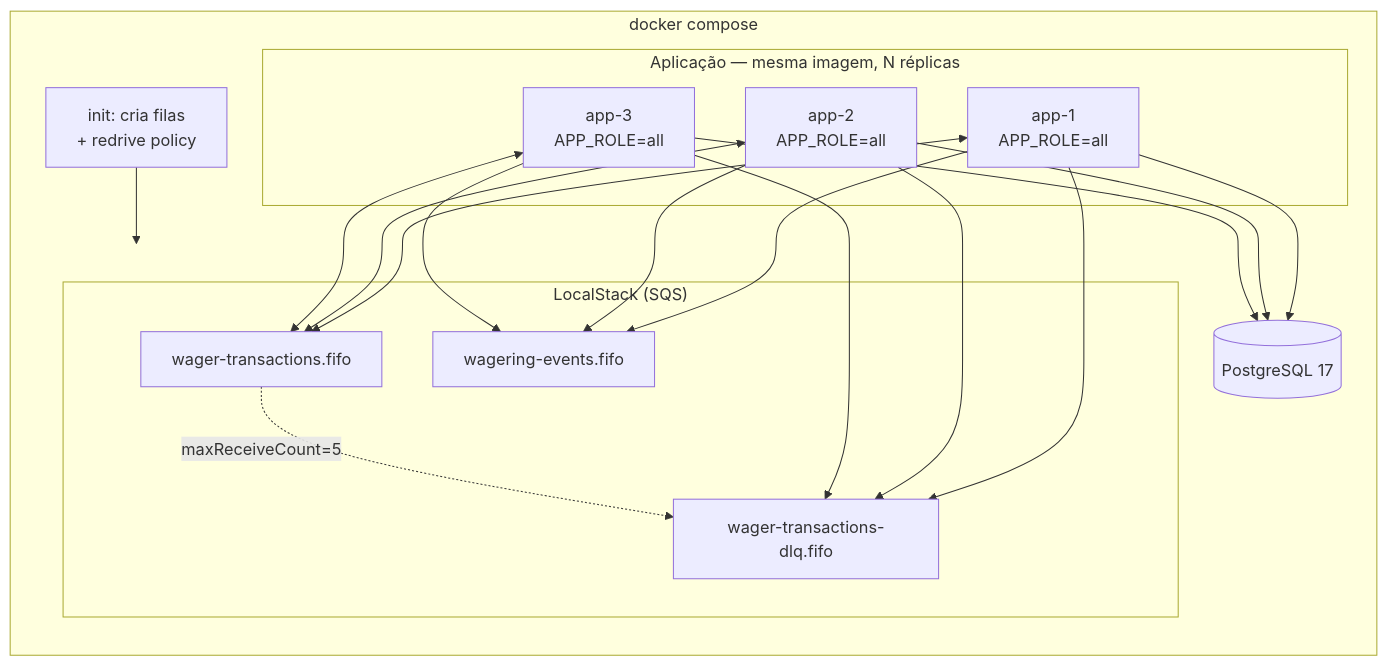
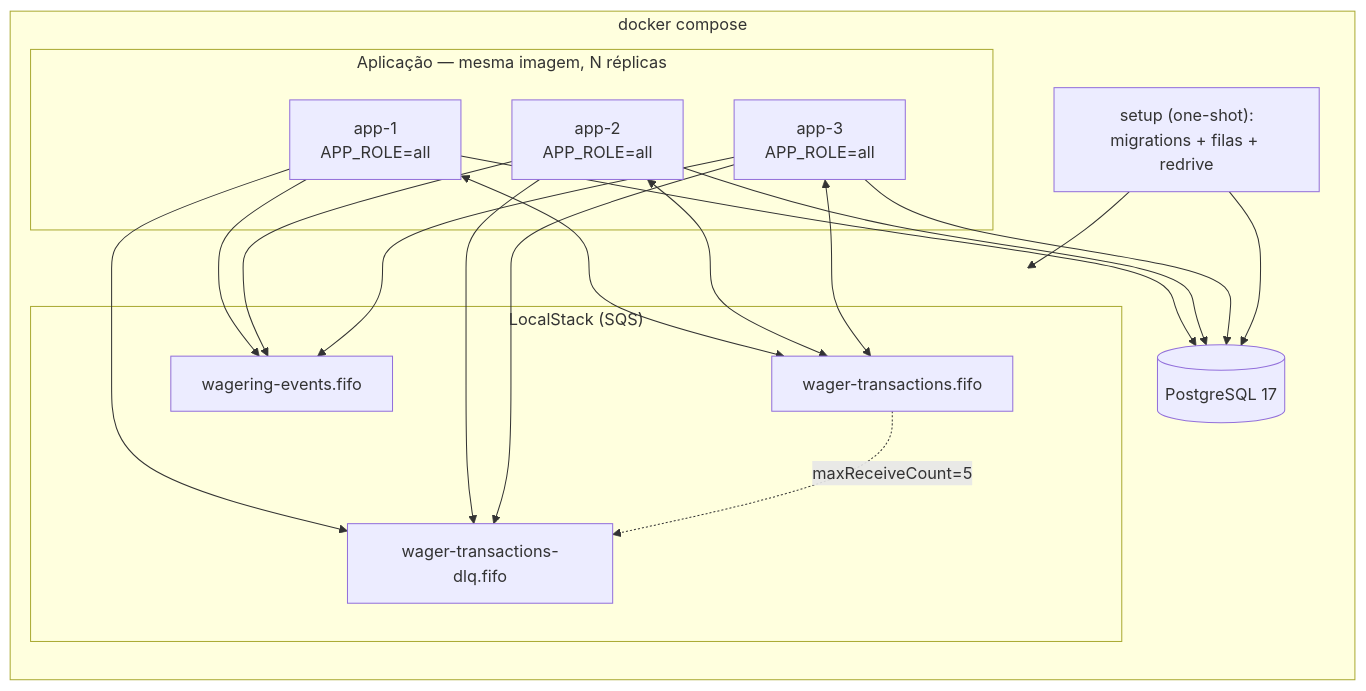
One commit to MacedoSousa/backend-challenge changed the second of 13 diagrams in docs/05-diagramas.md. Above: the diagram before and after it, drawn with Mermaid. The commit also changed 8 other files, not shown here.

````diff
--- a/docs/05-diagramas.md
+++ b/docs/05-diagramas.md
@@ -18,24 +18,25 @@
 ```mermaid
 flowchart TB
     subgraph compose["docker compose"]
         direction TB
         subgraph apps["Aplicação — mesma imagem, N réplicas"]
             A1["app-1<br/>APP_ROLE=all"]
             A2["app-2<br/>APP_ROLE=all"]
             A3["app-3<br/>APP_ROLE=all"]
         end
         PG[("PostgreSQL 17")]
         subgraph LS["LocalStack (SQS)"]
             Q1["wager-transactions.fifo"]
             Q2["wager-transactions-dlq.fifo"]
             Q3["wagering-events.fifo"]
         end
-        INIT["init: cria filas<br/>+ redrive policy"]
+        INIT["setup (one-shot):<br/>migrations + filas + redrive"]
     end
     A1 & A2 & A3 --> PG
     A1 & A2 & A3 <--> Q1
     A1 & A2 & A3 --> Q2
     A1 & A2 & A3 --> Q3
     Q1 -. "maxReceiveCount=5" .-> Q2
     INIT --> LS
+    INIT --> PG
 ```
````
